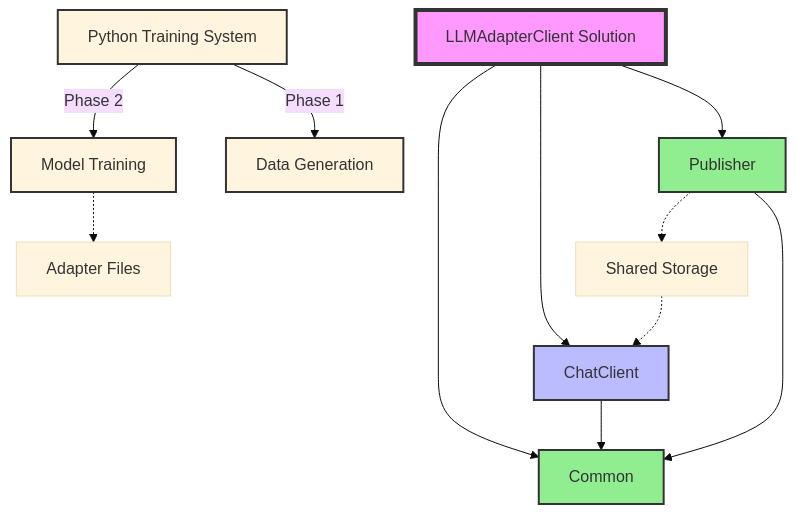
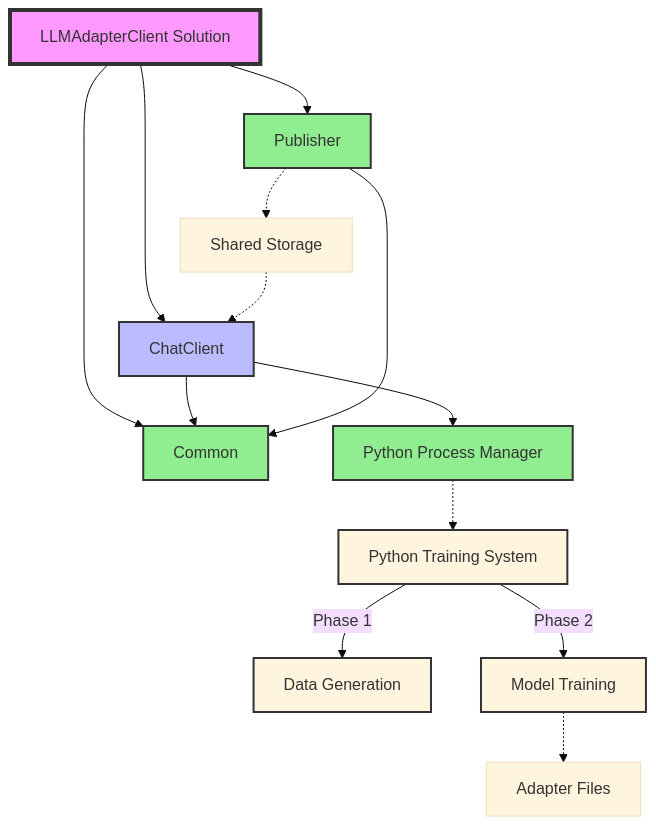
The first of 7 diagrams in STORY.md (gsinghjay/LLMAdapterClient), drawn with Mermaid (base theme) before and after one commit. The commit also changed other lines of this file, not shown here.

Commit message:
docs(story): update project narrative to include Python Process Manager

````diff
--- a/STORY.md
+++ b/STORY.md
@@ -7,23 +7,27 @@
 ```mermaid
 graph TD
     A[LLMAdapterClient Solution] --> B[ChatClient]
     A --> C[Publisher]
     A --> D[Common]
     
     B --> D
     C --> D
+    
+    B --> PM[Python Process Manager]
 
     P[Python Training System] -->|Phase 1| G[Data Generation]
     P -->|Phase 2| H[Model Training]
     H -.-> E[Adapter Files]
     C -.-> F[Shared Storage]
     F -.-> B
+    PM -.-> P
 
     style A fill:#f9f,stroke:#333,stroke-width:4px
     style B fill:#bbf,stroke:#333,stroke-width:2px
     style C fill:#90EE90,stroke:#333,stroke-width:2px
     style D fill:#90EE90,stroke:#333,stroke-width:2px
     style P fill:#yellow,stroke:#333,stroke-width:2px
     style G fill:#lightgreen,stroke:#333,stroke-width:2px
     style H fill:#lightgreen,stroke:#333,stroke-width:2px
+    style PM fill:#90EE90,stroke:#333,stroke-width:2px
 ```
````
